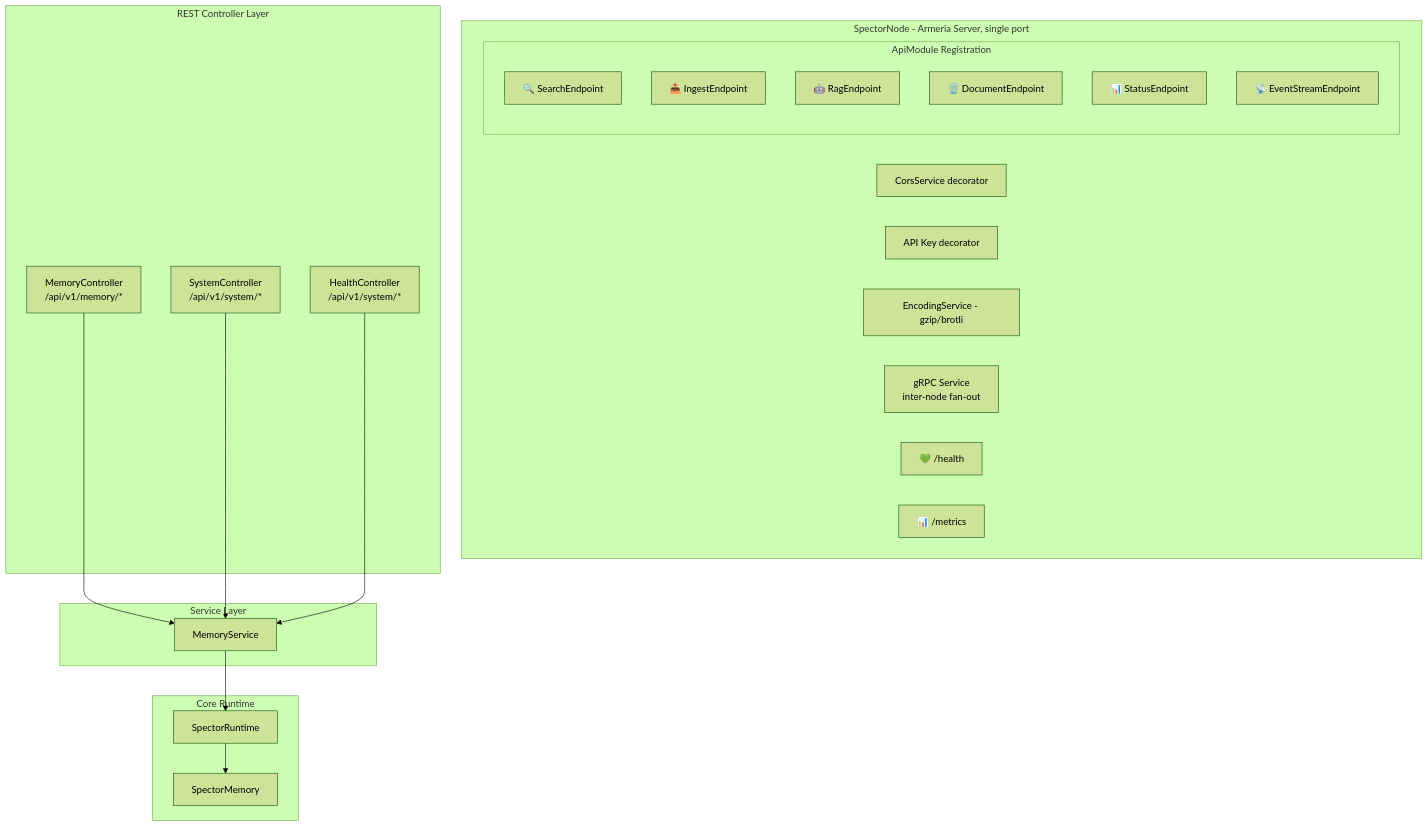
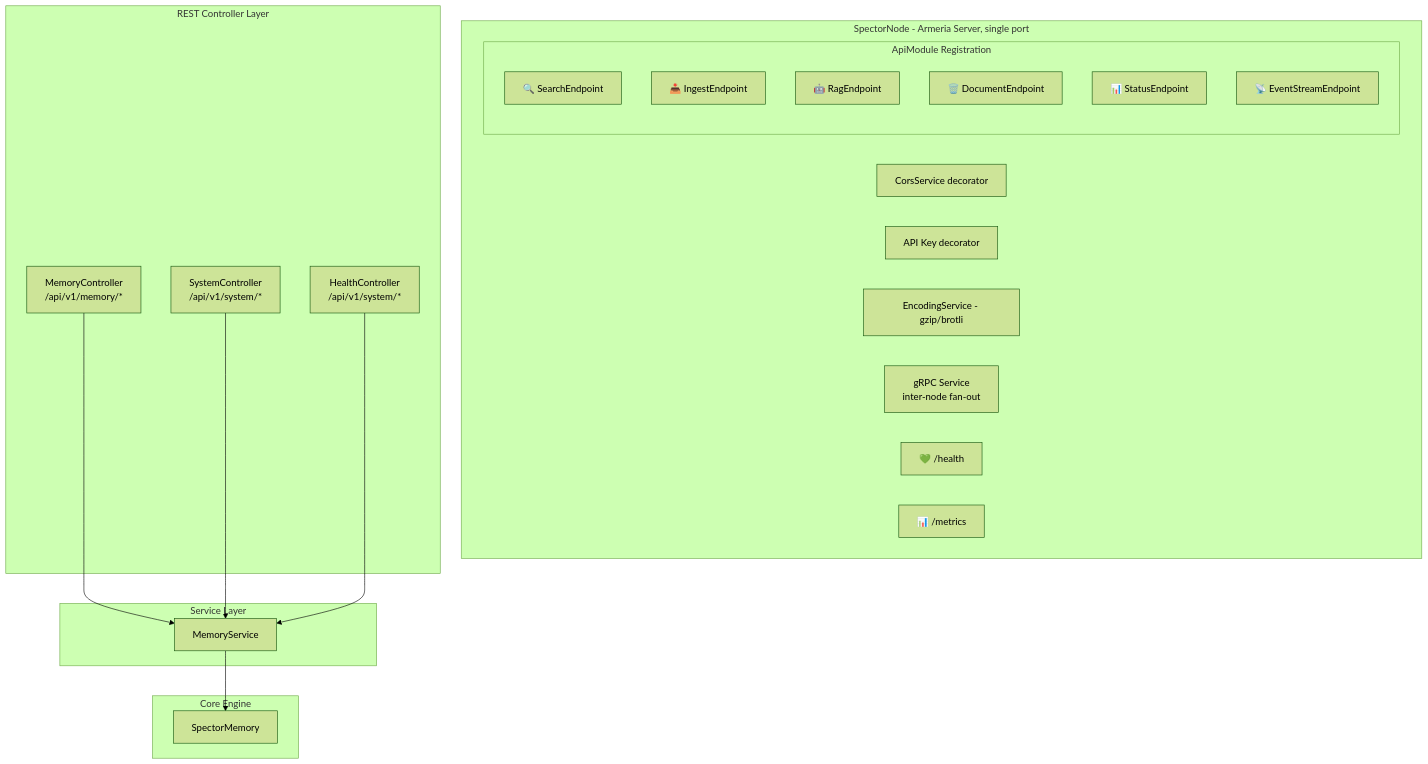
Before and after one commit to spectrayan/spector: diagram 12 of 12 in docs/docs/architecture/overview.md, drawn with Mermaid (forest theme). The commit also changed other lines of this file and 125 other files, not shown here.

````diff
--- a/docs/docs/architecture/overview.md
+++ b/docs/docs/architecture/overview.md
@@ -566,38 +547,36 @@
 ```mermaid
 graph TD
     subgraph "SpectorNode - Armeria Server, single port"
         CORS["CorsService decorator"]
         Auth["API Key decorator"]
         COMPRESS["EncodingService - gzip/brotli"]
         subgraph "ApiModule Registration"
             SE["🔍 SearchEndpoint"]
             IE["📥 IngestEndpoint"]
             RE["🤖 RagEndpoint"]
             DE["🗑️ DocumentEndpoint"]
             STE["📊 StatusEndpoint"]
             ESE["📡 EventStreamEndpoint"]
         end
         gRPC["gRPC Service<br/>inter-node fan-out"]
         HEALTH["💚 /health"]
         PROM["📊 /metrics"]
     end
 
     subgraph "REST Controller Layer"
         MC["MemoryController<br/>/api/v1/memory/*"]
         SC["SystemController<br/>/api/v1/system/*"]
         HC["HealthController<br/>/api/v1/system/*"]
     end
 
     subgraph "Service Layer"
         MS["MemoryService"]
     end
 
-    subgraph "Core Runtime"
-        SR["SpectorRuntime"]
+    subgraph "Core Engine"
         SM["SpectorMemory"]
     end
 
     MC & SC & HC --> MS
-    MS --> SR
-    SR --> SM
+    MS --> SM
 ```
````
